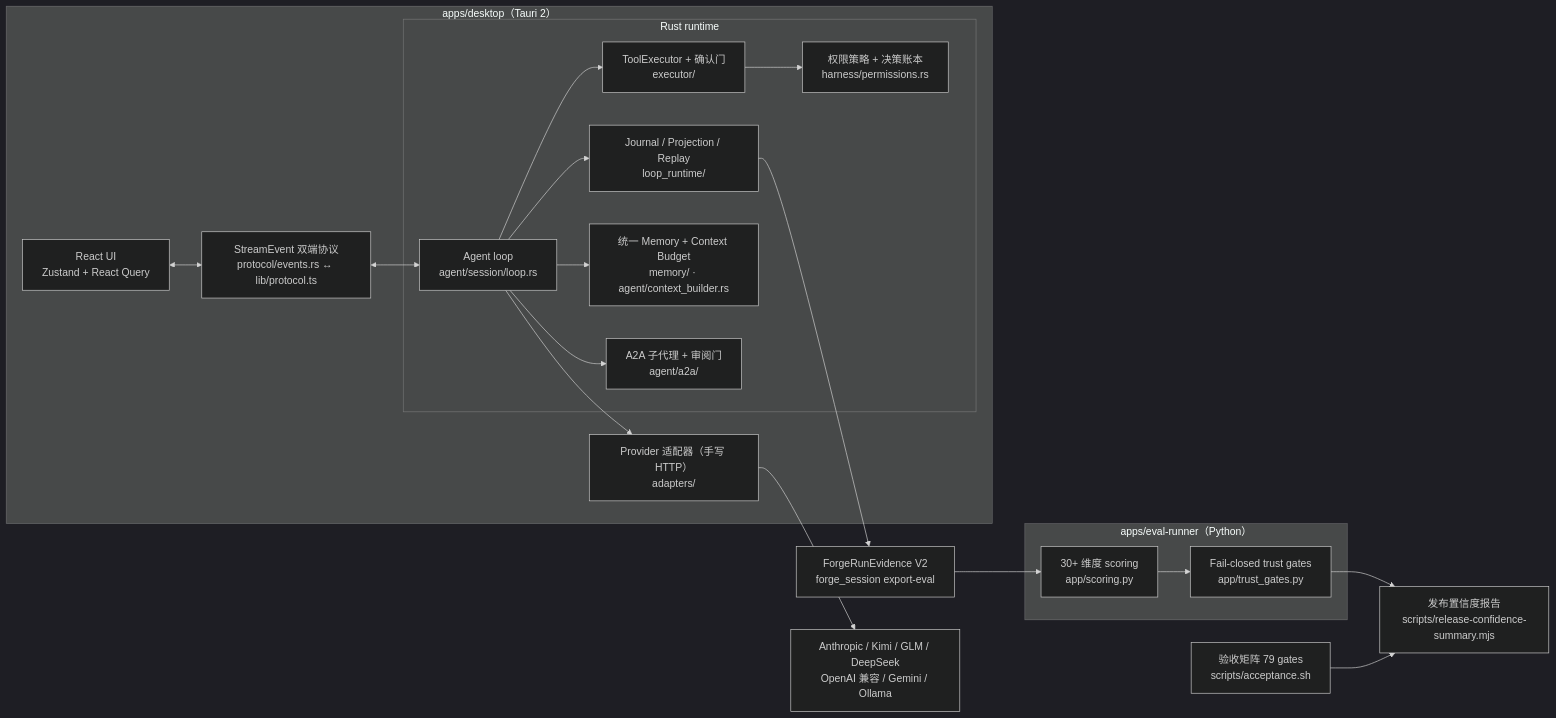
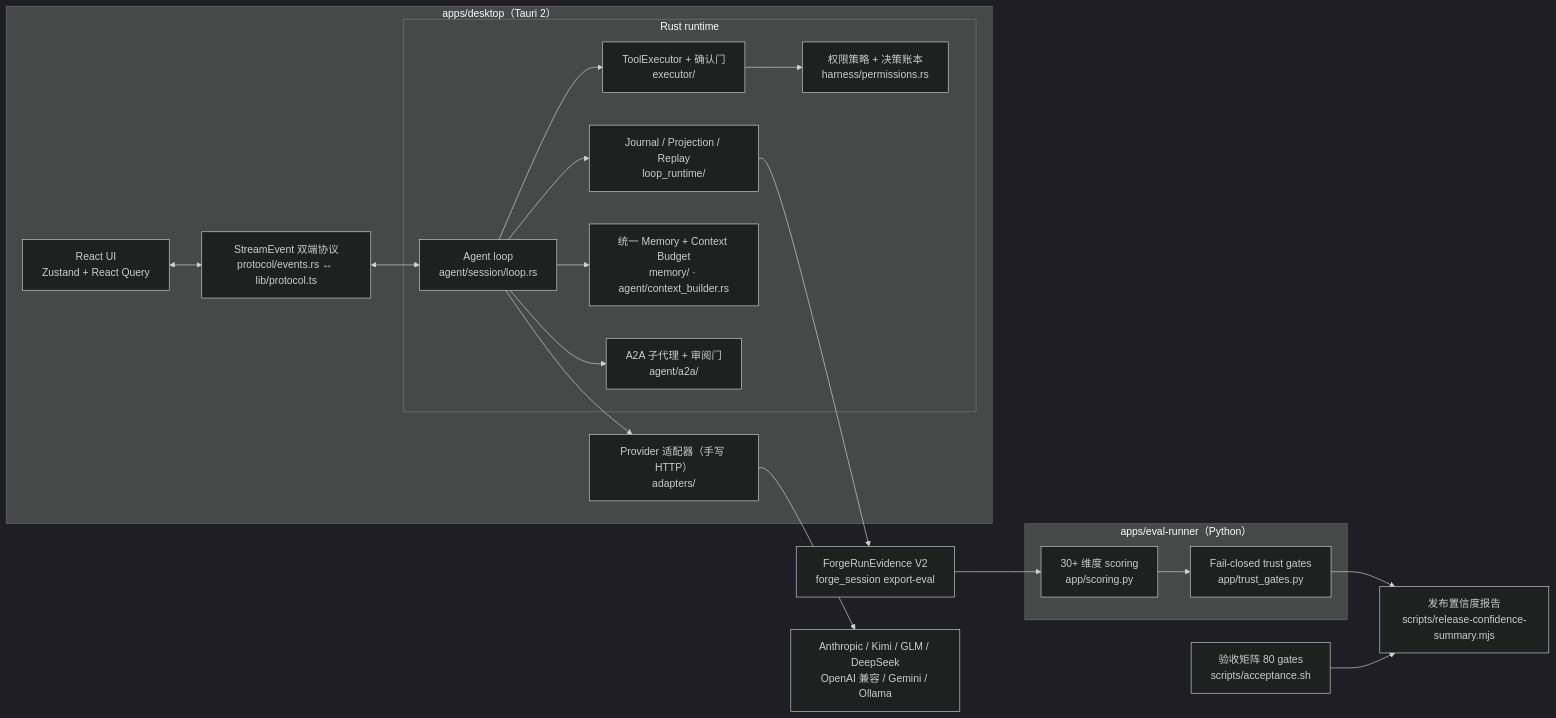
One commit to Cabbos/forge changed the diagram in README.md. Above: the diagram before and after it, drawn with Mermaid (dark theme). The commit also changed other lines of this file and 11 other files, not shown here.

````diff
--- a/README.md
+++ b/README.md
@@ -32,39 +32,39 @@
 ```mermaid
 flowchart LR
   subgraph Desktop["apps/desktop（Tauri 2）"]
     UI["React UI<br/>Zustand + React Query"]
     Protocol["StreamEvent 双端协议<br/>protocol/events.rs ↔ lib/protocol.ts"]
     subgraph Runtime["Rust runtime"]
       Loop["Agent loop<br/>agent/session/loop.rs"]
       Exec["ToolExecutor + 确认门<br/>executor/"]
       Perm["权限策略 + 决策账本<br/>harness/permissions.rs"]
       Journal["Journal / Projection / Replay<br/>loop_runtime/"]
       Mem["统一 Memory + Context Budget<br/>memory/ · agent/context_builder.rs"]
       A2A["A2A 子代理 + 审阅门<br/>agent/a2a/"]
     end
     Adapters["Provider 适配器（手写 HTTP）<br/>adapters/"]
   end
   Providers["Anthropic / Kimi / GLM / DeepSeek<br/>OpenAI 兼容 / Gemini / Ollama"]
   Evidence["ForgeRunEvidence V2<br/>forge_session export-eval"]
   subgraph Eval["apps/eval-runner（Python）"]
     Scoring["30+ 维度 scoring<br/>app/scoring.py"]
     Trust["Fail-closed trust gates<br/>app/trust_gates.py"]
   end
-  Accept["验收矩阵 79 gates<br/>scripts/acceptance.sh"]
+  Accept["验收矩阵 80 gates<br/>scripts/acceptance.sh"]
   Confidence["发布置信度报告<br/>scripts/release-confidence-summary.mjs"]
 
   UI <--> Protocol
   Protocol <--> Loop
   Loop --> Exec
   Exec --> Perm
   Loop --> Journal
   Loop --> Mem
   Loop --> A2A
   Loop --> Adapters
   Adapters --> Providers
   Journal --> Evidence
   Evidence --> Scoring
   Scoring --> Trust
   Trust --> Confidence
   Accept --> Confidence
 ```
````
